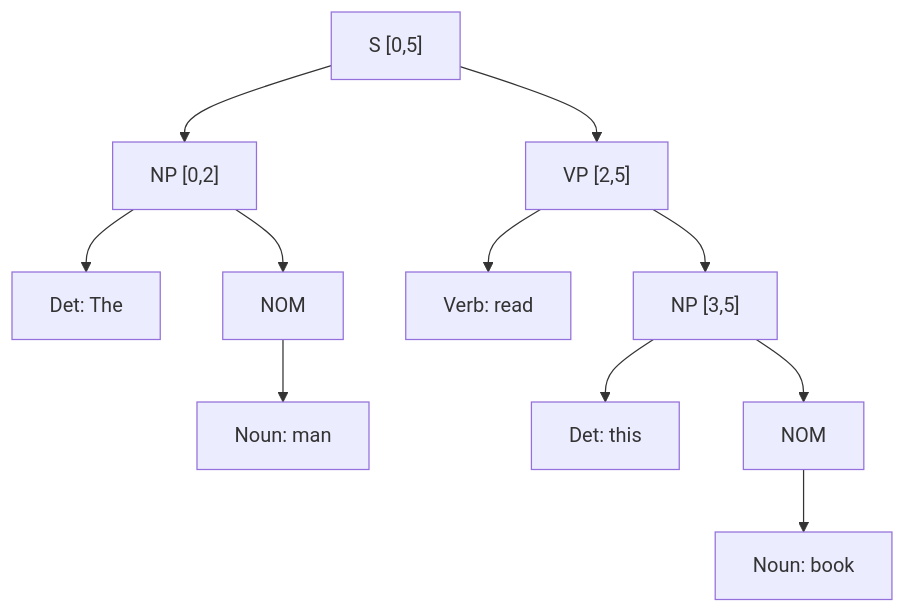
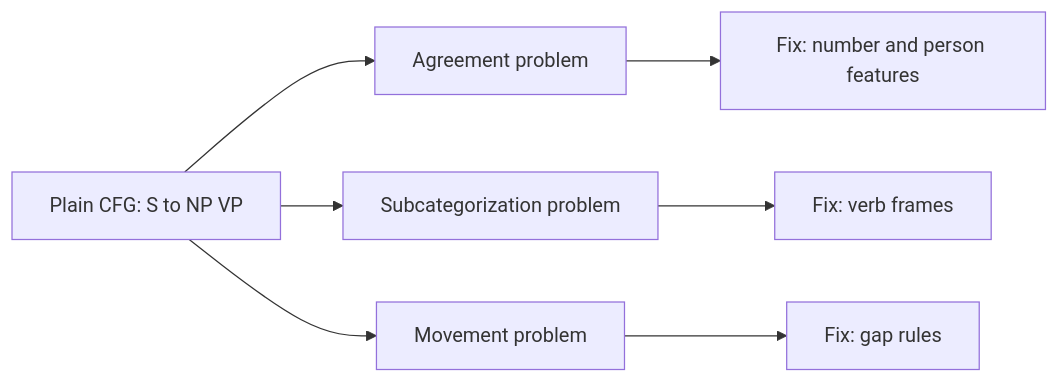
Before and after one commit to TrendySloth1001/sem-seven-notes: the fifth of 5 diagrams in content/natural-language-processing/notes/cfg-parsing.mdx, drawn with Mermaid. The commit also changed other lines of this file and 406 other files, not shown here.

````diff
--- a/content/natural-language-processing/notes/cfg-parsing.mdx
+++ b/content/natural-language-processing/notes/cfg-parsing.mdx
@@ -408,14 +217,10 @@
 ```mermaid
-%% caption: The parse tree found by CYK for "The man read this book". The subject NP covers cell [0,2], the VP covers [2,5], and S covers [0,5].
-flowchart TD
-  S["S [0,5]"] --> NP1["NP [0,2]"]
-  S --> VP["VP [2,5]"]
-  NP1 --> D1["Det: The"]
-  NP1 --> NO1["NOM"]
-  NO1 --> N1["Noun: man"]
-  VP --> V["Verb: read"]
-  VP --> NP2["NP [3,5]"]
-  NP2 --> D2["Det: this"]
-  NP2 --> NO2["NOM"]
-  NO2 --> N2["Noun: book"]
+%% caption: Three problems of a plain CFG and the usual fix for each.
+flowchart LR
+  A["Plain CFG: S to NP VP"] --> B["Agreement problem"]
+  A --> C["Subcategorization problem"]
+  A --> D["Movement problem"]
+  B --> B1["Fix: number and person features"]
+  C --> C1["Fix: verb frames"]
+  D --> D1["Fix: gap rules"]
 ```
````
